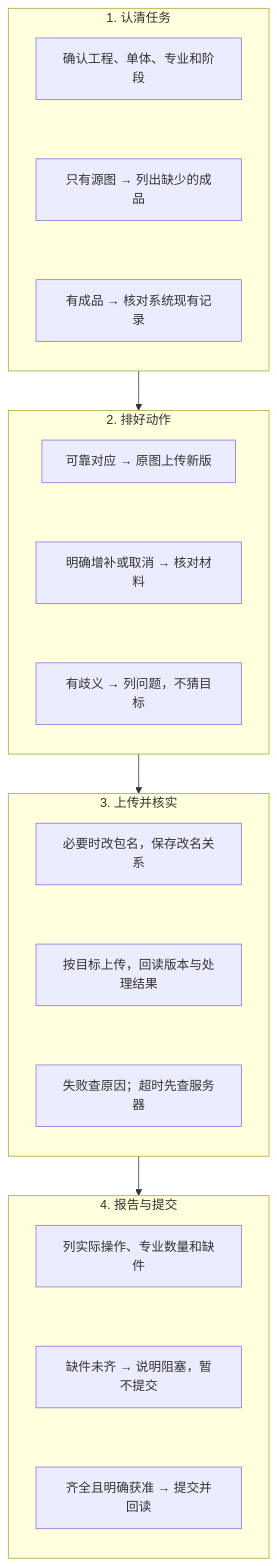
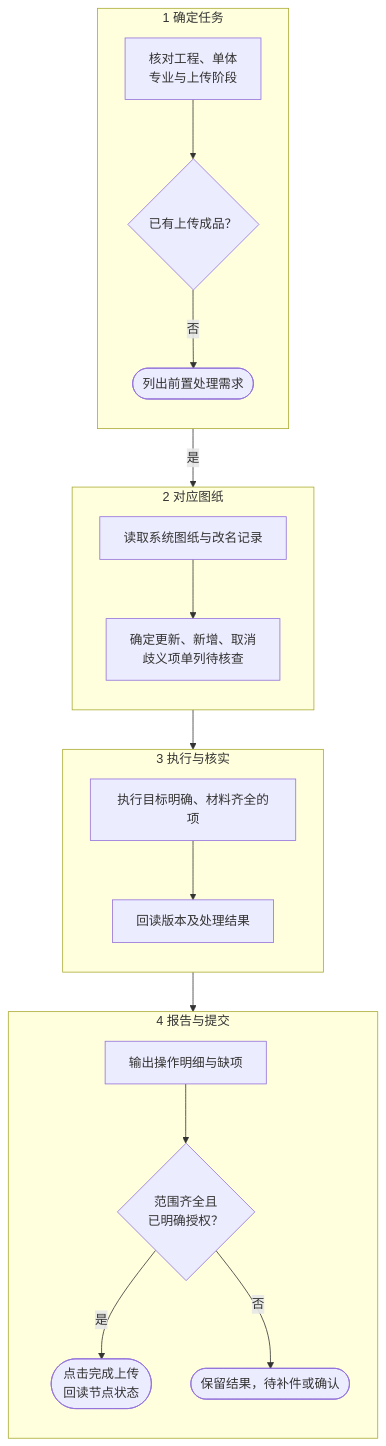
The diagram in docs/upload-guide/sources/00-overview.mmd (Zazia/blueprint-batch-upload), drawn with Mermaid before and after one commit. The commit also changed 51 other files, not shown here.

Commit message:
Refocus article on Guangzhou designers and restore grouped flowcharts

```diff
--- a/docs/upload-guide/sources/00-overview.mmd
+++ b/docs/upload-guide/sources/00-overview.mmd
@@ -1,32 +1,34 @@
 flowchart TD
-  subgraph S0["1. 认清任务"]
+  subgraph S0["1 确定任务"]
     direction TB
-    N00["确认工程、单体、专业和阶段"]
-    N01["只有源图 → 列出缺少的成品"]
-    N02["有成品 → 核对系统现有记录"]
-    N00 ~~~ N01 ~~~ N02
+    a["核对工程、单体<br/>专业与上传阶段"]
+    b{"已有上传成品？"}
+    x(["列出前置处理需求"])
   end
-  subgraph S1["2. 排好动作"]
+  subgraph S1["2 对应图纸"]
     direction TB
-    N10["可靠对应 → 原图上传新版"]
-    N11["明确增补或取消 → 核对材料"]
-    N12["有歧义 → 列问题，不猜目标"]
-    N10 ~~~ N11 ~~~ N12
+    c["读取系统图纸与改名记录"]
+    d["确定更新、新增、取消<br/>歧义项单列待核查"]
   end
-  S0 --> S1
-  subgraph S2["3. 上传并核实"]
+  subgraph S2["3 执行与核实"]
     direction TB
-    N20["必要时改包名，保存改名关系"]
-    N21["按目标上传，回读版本与处理结果"]
-    N22["失败查原因；超时先查服务器"]
-    N20 ~~~ N21 ~~~ N22
+    e["执行目标明确、材料齐全的项"]
+    f["回读版本及处理结果"]
   end
-  S1 --> S2
-  subgraph S3["4. 报告与提交"]
+  subgraph S3["4 报告与提交"]
     direction TB
-    N30["列实际操作、专业数量和缺件"]
-    N31["缺件未齐 → 说明阻塞，暂不提交"]
-    N32["齐全且明确获准 → 提交并回读"]
-    N30 ~~~ N31 ~~~ N32
+    g["输出操作明细与缺项"]
+    h{"范围齐全且<br/>已明确授权？"}
+    i(["点击完成上传<br/>回读节点状态"])
+    j(["保留结果，待补件或确认"])
   end
-  S2 --> S3
+  a --> b
+  b -->|否| x
+  b -->|是| c
+  c --> d
+  d --> e
+  e --> f
+  f --> g
+  g --> h
+  h -->|是| i
+  h -->|否| j
```
